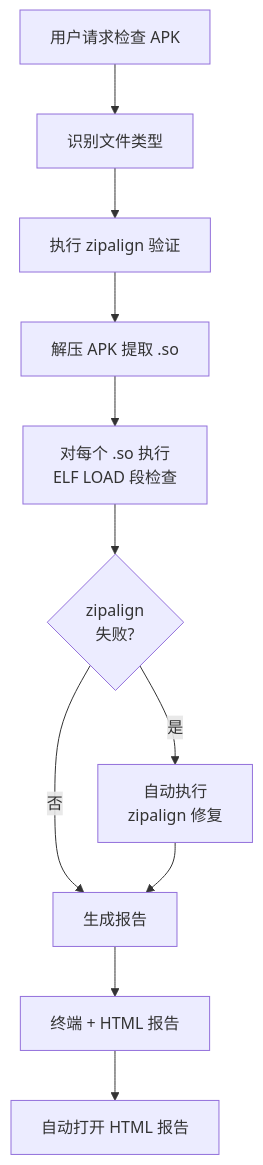
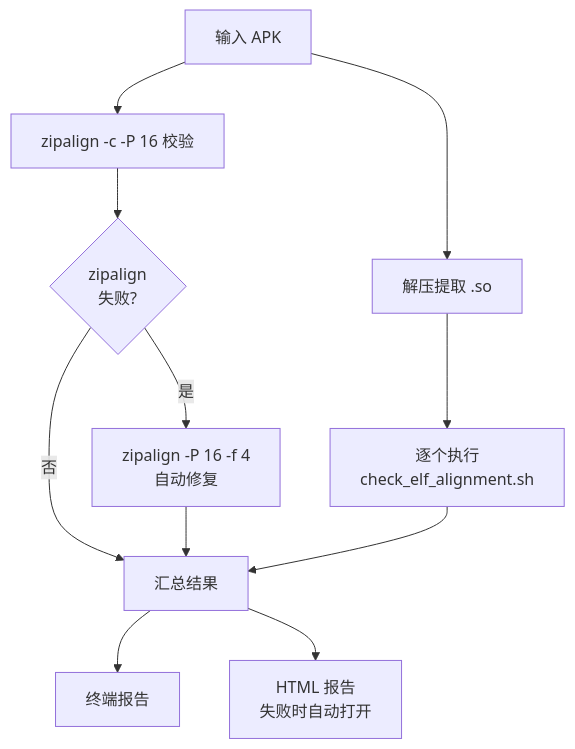
The diagram in _posts/2026-04-17-apk-16kb-check-skill.md (bihe0832/bihe0832.github.io), drawn with Mermaid before and after one commit. The commit also changed other lines of this file, not shown here.

First line of the commit message:
docs(posts): 优化 apk-16kb-check skill 文章结构与内容

````diff
--- a/_posts/2026-04-17-apk-16kb-check-skill.md
+++ b/_posts/2026-04-17-apk-16kb-check-skill.md
@@ -142,13 +135,13 @@
 ```mermaid
 flowchart TD
-    A[用户请求检查 APK] --> B[识别文件类型]
-    B --> C[执行 zipalign 验证]
-    C --> D[解压 APK 提取 .so]
-    D --> E[对每个 .so 执行<br/>ELF LOAD 段检查]
-    E --> F{zipalign<br/>失败?}
-    F -->|是| G[自动执行<br/>zipalign 修复]
-    F -->|否| H[生成报告]
-    G --> H
-    H --> I[终端 + HTML 报告]
-    I --> J[自动打开 HTML 报告]
+    A[输入 APK] --> B[zipalign -c -P 16 校验]
+    A --> C[解压提取 .so]
+    C --> D[逐个执行<br/>check_elf_alignment.sh]
+    B --> E{zipalign<br/>失败?}
+    E -->|是| F[zipalign -P 16 -f 4<br/>自动修复]
+    E -->|否| G[汇总结果]
+    F --> G
+    D --> G
+    G --> H[终端报告]
+    G --> I[HTML 报告<br/>失败时自动打开]
 ```
````
